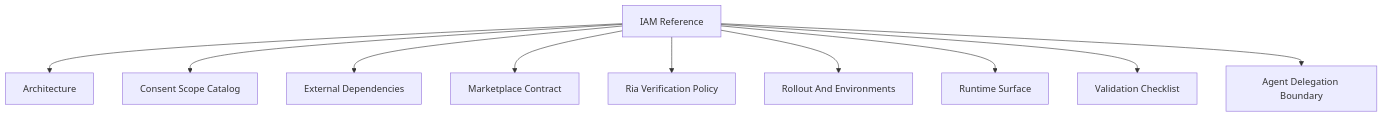
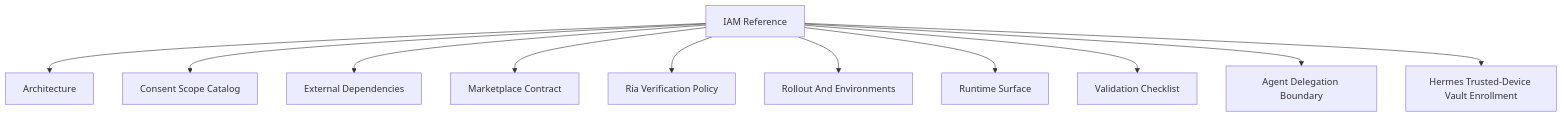
Before and after one commit to hushh-labs/hushh-research: the diagram in docs/reference/iam/README.md, drawn with Mermaid. The commit also changed other lines of this file and 5 other files, not shown here.

Commit message:
docs(vault): document Hermes trusted-device enrollment

````diff
--- a/docs/reference/iam/README.md
+++ b/docs/reference/iam/README.md
@@ -6,22 +6,24 @@
 ```mermaid
 flowchart TD
   root["IAM Reference"]
   n1["Architecture"]
   root --> n1
   n2["Consent Scope Catalog"]
   root --> n2
   n3["External Dependencies"]
   root --> n3
   n4["Marketplace Contract"]
   root --> n4
   n5["Ria Verification Policy"]
   root --> n5
   n6["Rollout And Environments"]
   root --> n6
   n7["Runtime Surface"]
   root --> n7
   n8["Validation Checklist"]
   root --> n8
   n9["Agent Delegation Boundary"]
   root --> n9
+  n10["Hermes Trusted-Device Vault Enrollment"]
+  root --> n10
 ```
````
